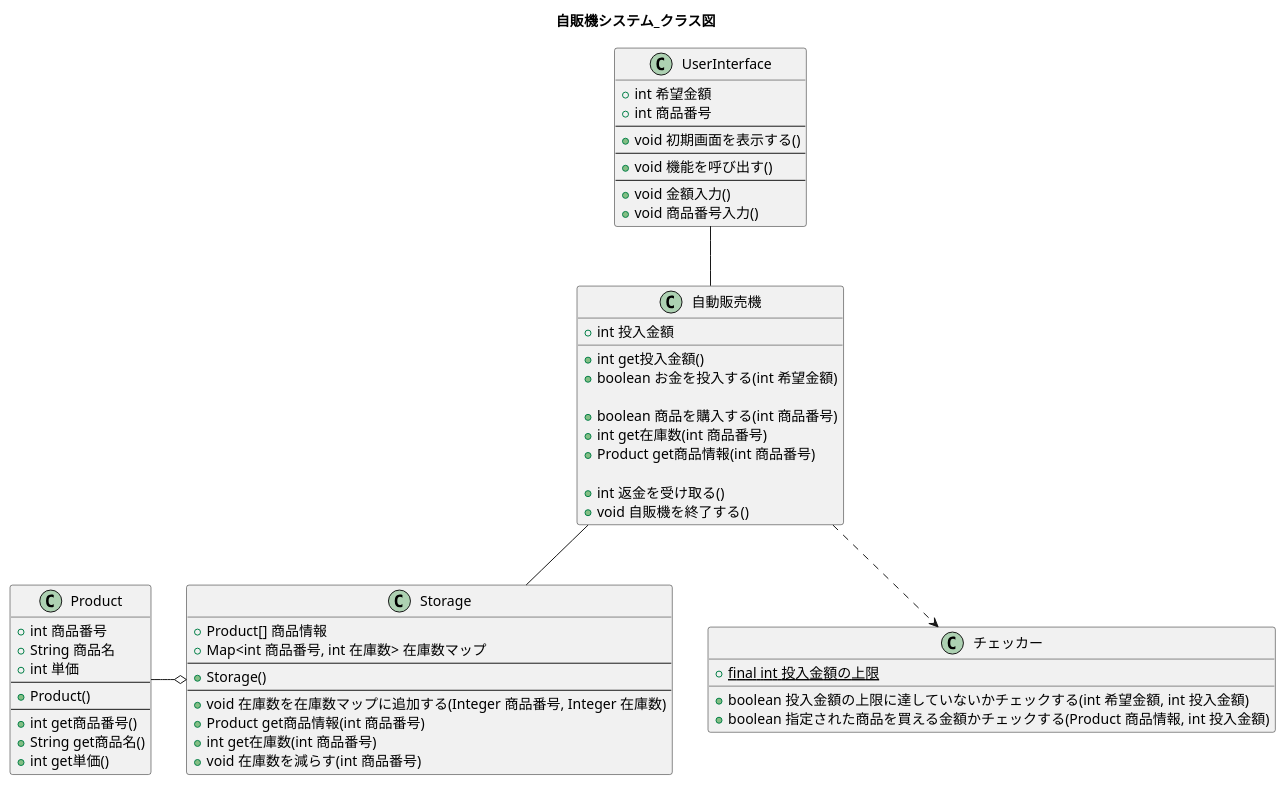
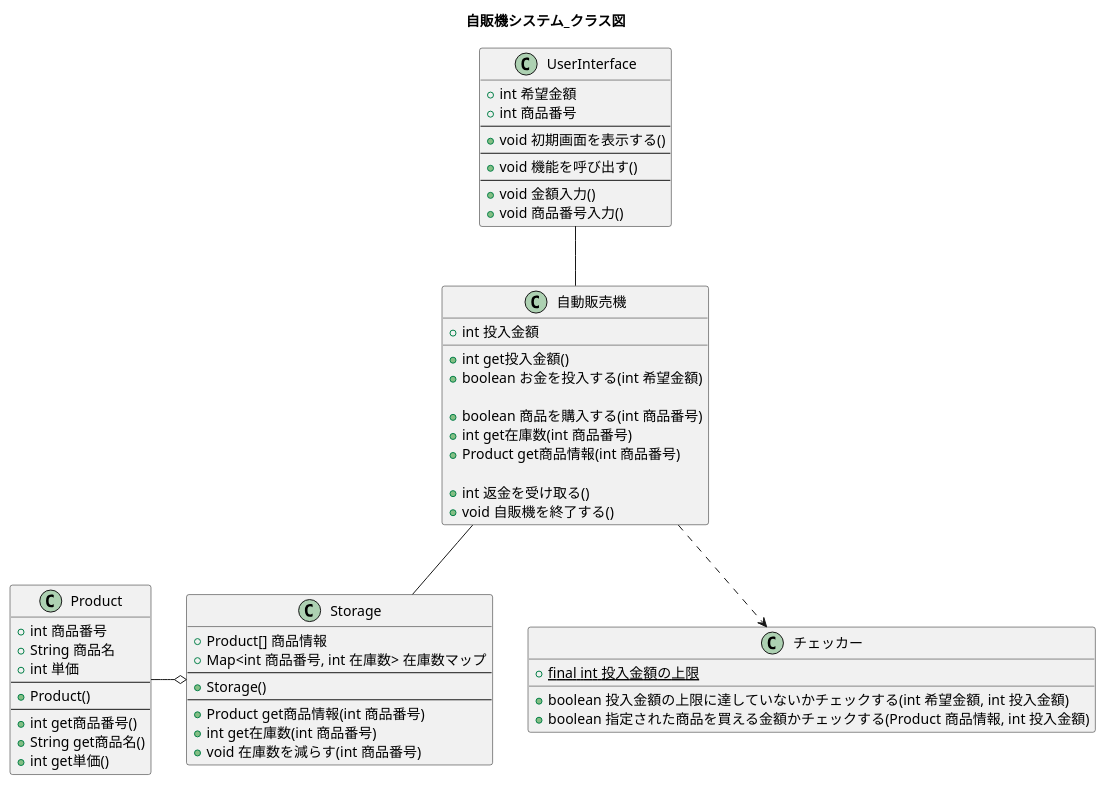
One commit to W-Nakayama-24/VendingMachine_CUI changed the diagram in UML_class_sequence/VendingMachine_classDiag.puml. Above: the diagram before and after it, drawn with PlantUML. The commit also changed 1 other file, not shown here.

```diff
--- a/UML_class_sequence/VendingMachine_classDiag.puml
+++ b/UML_class_sequence/VendingMachine_classDiag.puml
@@ -1,76 +1,75 @@
 @startuml
 title 自販機システム_クラス図
 
 
 UserInterface -- 自動販売機
 自動販売機 -- Storage
 自動販売機 ..> チェッカー
 Product -o Storage
 
 
 class UserInterface {
     +int 希望金額
     +int 商品番号
     --
     +void 初期画面を表示する()
     --
     +void 機能を呼び出す()
     --
     +void 金額入力()
     +void 商品番号入力() 
     /'
     1,2,3,9以外ならここでfalseを返し、エラーメッセージ00を表示
     '/
 }
 
 class 自動販売機 {
     +int 投入金額
     +int get投入金額()
     +boolean お金を投入する(int 希望金額)
 
     +boolean 商品を購入する(int 商品番号)
     +int get在庫数(int 商品番号)
     +Product get商品情報(int 商品番号)
 
     +int 返金を受け取る()
     +void 自販機を終了する()
 }
 
 class チェッカー{
     +{static}final int 投入金額の上限
     +boolean 投入金額の上限に達していないかチェックする(int 希望金額, int 投入金額)
     +boolean 指定された商品を買える金額かチェックする(Product 商品情報, int 投入金額)
 }
 
 class Storage {
     +Product[] 商品情報
     +Map<int 商品番号, int 在庫数> 在庫数マップ
     --
     +Storage()
     --
-    +void 在庫数を在庫数マップに追加する(Integer 商品番号, Integer 在庫数)
     +Product get商品情報(int 商品番号)
     +int get在庫数(int 商品番号)
     +void 在庫数を減らす(int 商品番号)
 }
 
 class Product {
     +int 商品番号
     +String 商品名
     +int 単価
     --
     +Product()
     --
     +int get商品番号()
     +String get商品名()
     +int get単価()
     /'
     コンストラクタでProduct型を用意して、
     3つの属性をひとつにまとめてmap.putできるように
     this.num = num
     this.price = price
     this.name = name
     '/
 }
 
 @enduml
```
